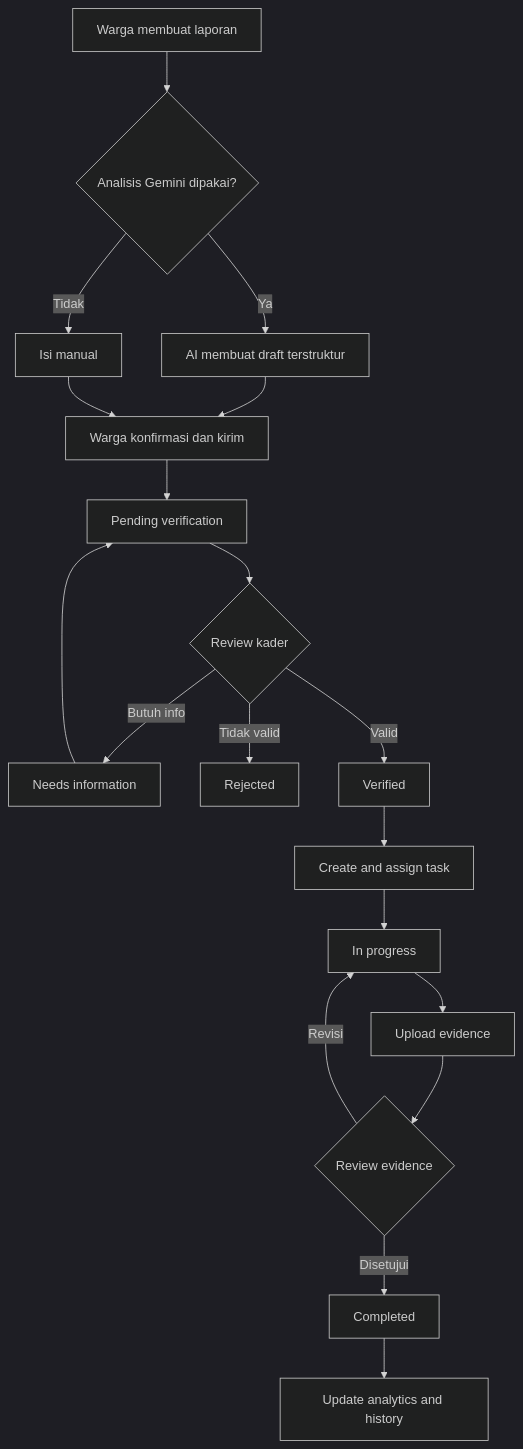
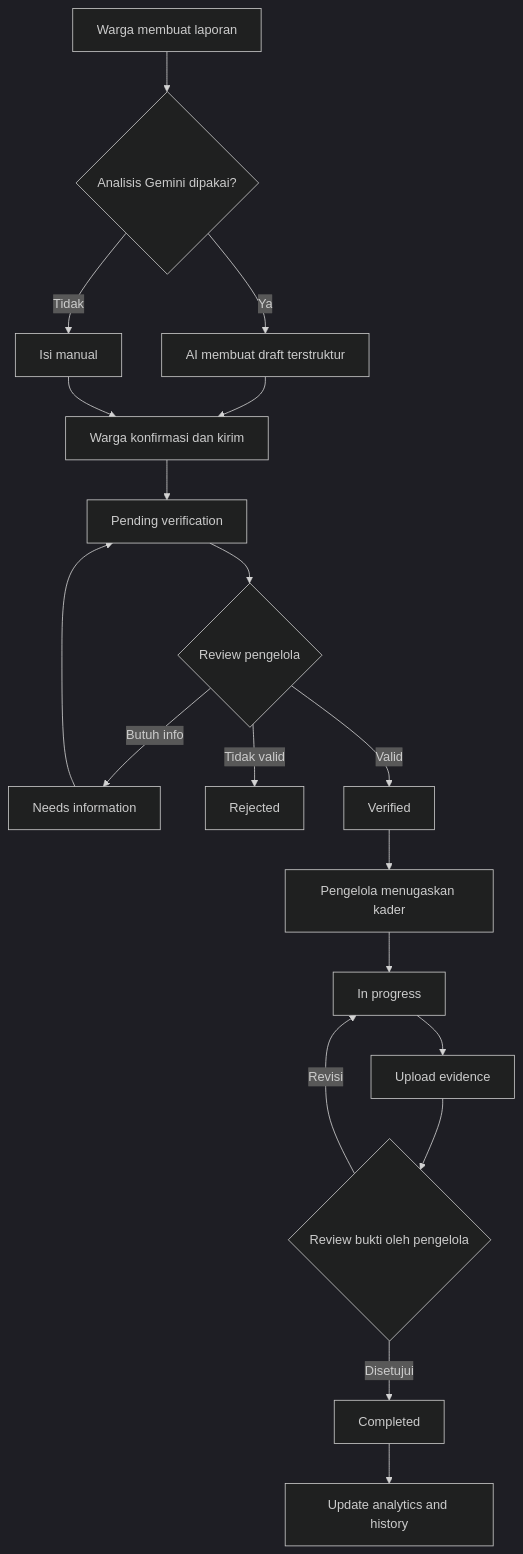
One commit to Azkasubhan/DengueWatch changed the first of 3 diagrams in docs/DengueWatch_PRD.md. Above: the diagram before and after it, drawn with Mermaid (dark theme). The commit also changed other lines of this file and 72 other files, not shown here.

````diff
--- a/docs/DengueWatch_PRD.md
+++ b/docs/DengueWatch_PRD.md
@@ -287,21 +287,21 @@
 ```mermaid
 flowchart TD
   A[Warga membuat laporan] --> B{Analisis Gemini dipakai?}
   B -->|Ya| C[AI membuat draft terstruktur]
   B -->|Tidak| D[Isi manual]
   C --> E[Warga konfirmasi dan kirim]
   D --> E
   E --> F[Pending verification]
-  F --> G{Review kader}
+  F --> G{Review pengelola}
   G -->|Butuh info| H[Needs information]
   H --> F
   G -->|Tidak valid| I[Rejected]
   G -->|Valid| J[Verified]
-  J --> K[Create and assign task]
+  J --> K[Pengelola menugaskan kader]
   K --> L[In progress]
   L --> M[Upload evidence]
-  M --> N{Review evidence}
+  M --> N{Review bukti oleh pengelola}
   N -->|Revisi| L
   N -->|Disetujui| O[Completed]
   O --> P[Update analytics and history]
 ```
````
